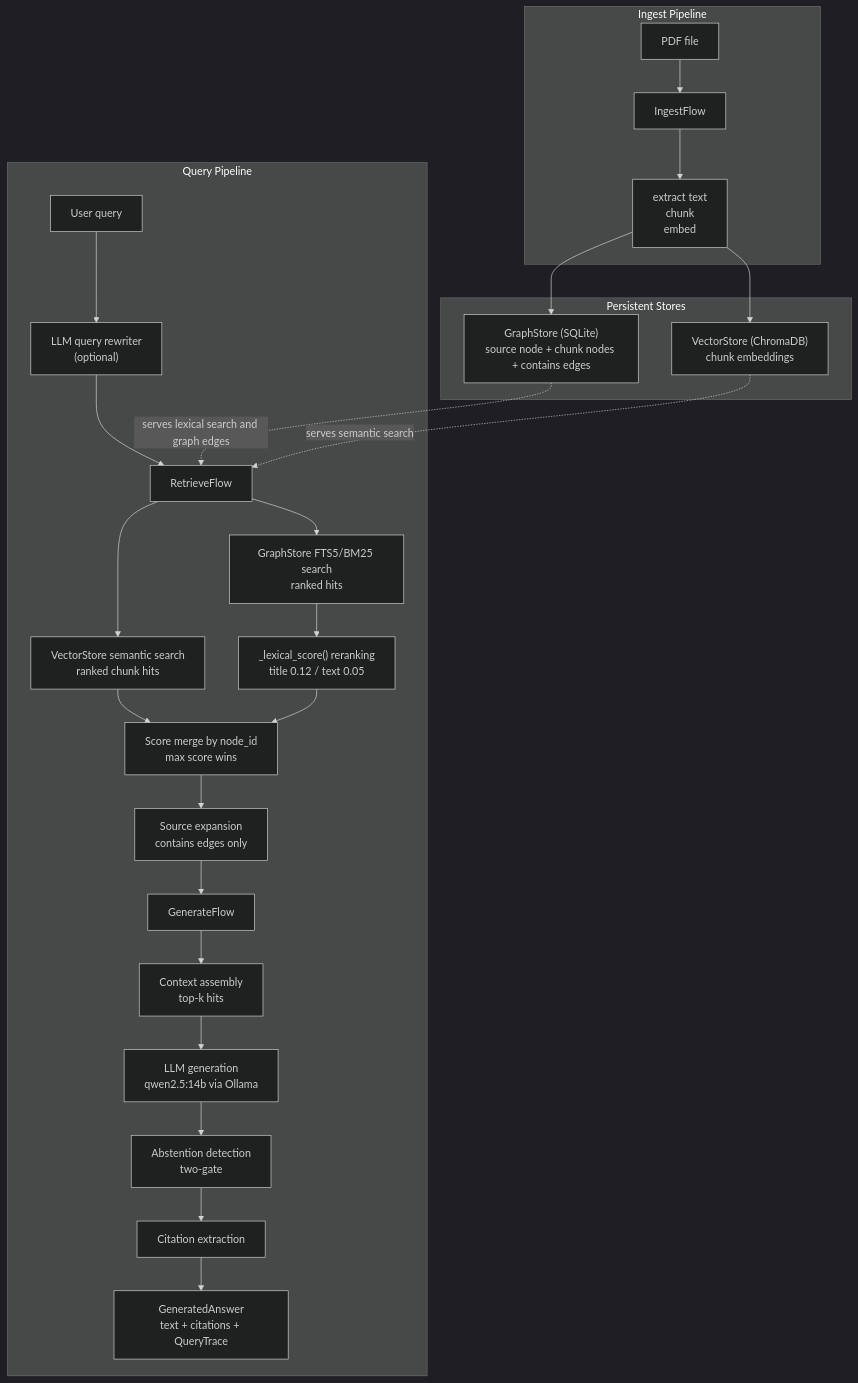
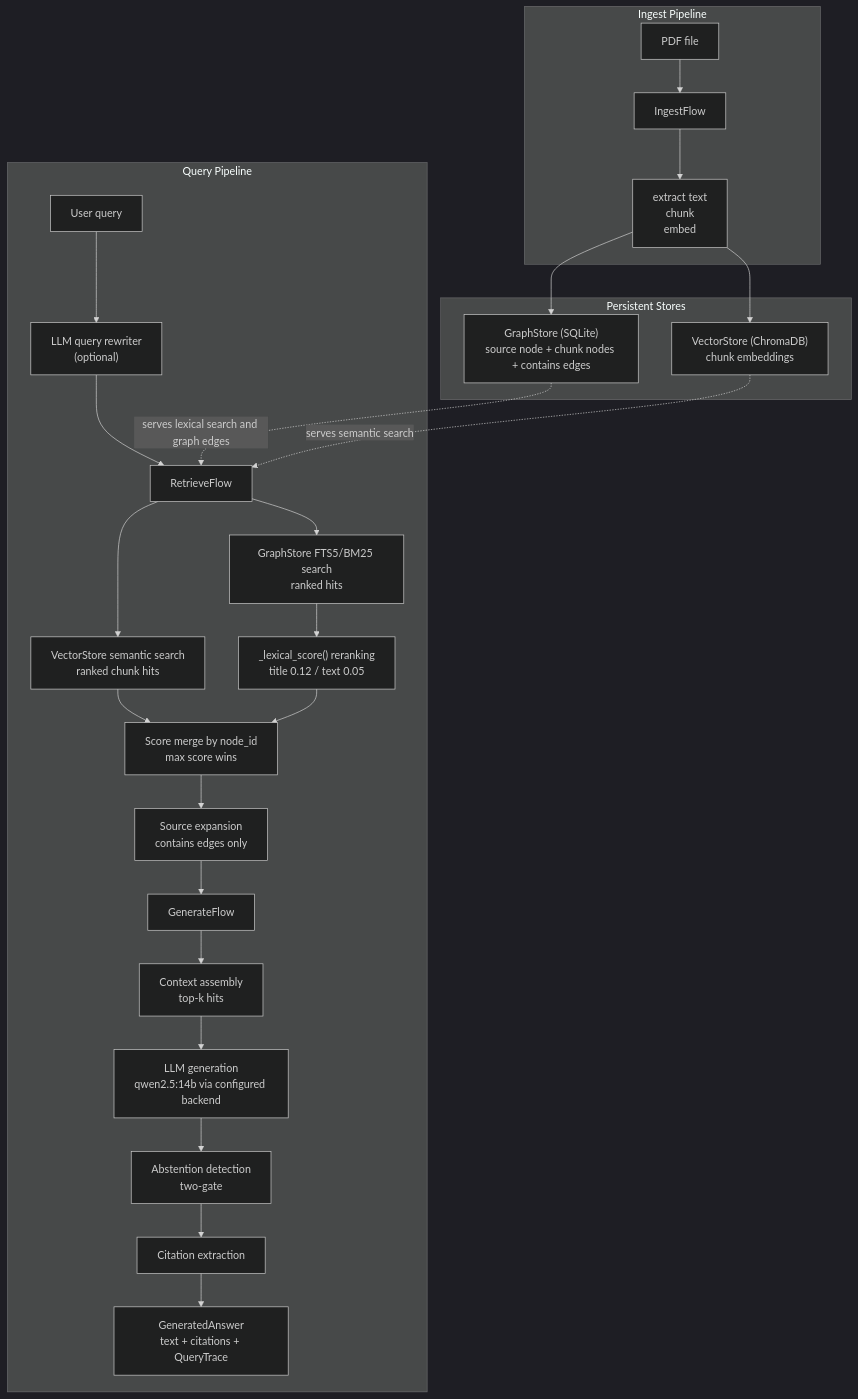
The diagram in README.md (DmcpEI/Research-Continuity-Agent), drawn with Mermaid (dark theme) before and after one commit. The commit also changed other lines of this file and 5 other files, not shown here.

Commit message:
Feat(llm): configurable API backend via LLM_BASE_URL and LLM_API_KEY

````diff
--- a/README.md
+++ b/README.md
@@ -9,42 +9,42 @@
 ```mermaid
 flowchart TD
     subgraph Ingest["Ingest Pipeline"]
         PDF["PDF file"]
         IF["IngestFlow"]
         Extract["extract text<br/>chunk<br/>embed"]
         PDF --> IF --> Extract
     end
 
     subgraph Storage["Persistent Stores"]
         GS["GraphStore (SQLite)<br/>source node + chunk nodes + contains edges"]
         VS["VectorStore (ChromaDB)<br/>chunk embeddings"]
     end
 
     subgraph Query["Query Pipeline"]
         UQ["User query"]
         RW["LLM query rewriter<br/>(optional)"]
         RF["RetrieveFlow"]
         VQ["VectorStore semantic search<br/>ranked chunk hits"]
         FTS["GraphStore FTS5/BM25 search<br/>ranked hits"]
         LEX["_lexical_score() reranking<br/>title 0.12 / text 0.05"]
         MERGE["Score merge by node_id<br/>max score wins"]
         EXPAND["Source expansion<br/>contains edges only"]
         GF["GenerateFlow"]
         CTX["Context assembly<br/>top-k hits"]
-        LLM["LLM generation<br/>qwen2.5:14b via Ollama"]
+        LLM["LLM generation<br/>qwen2.5:14b via configured backend"]
         ABS["Abstention detection<br/>two-gate"]
         CITE["Citation extraction"]
         OUT["GeneratedAnswer<br/>text + citations + QueryTrace"]
 
         UQ --> RW --> RF
         RF --> VQ --> MERGE
         RF --> FTS --> LEX --> MERGE
         MERGE --> EXPAND --> GF
         GF --> CTX --> LLM --> ABS --> CITE --> OUT
     end
 
     Extract --> GS
     Extract --> VS
     GS -. "serves lexical search and graph edges" .-> RF
     VS -. "serves semantic search" .-> RF
 ```
````
